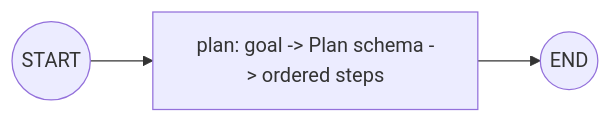
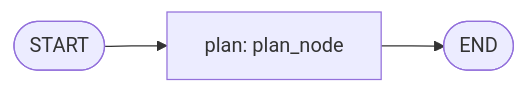
One commit to xergioalex/agent-lab changed the first of 3 diagrams in src/22_planner_agent/README.md. Above: the diagram before and after it, drawn with Mermaid. The commit also changed other lines of this file and 64 other files, not shown here.

First line of the commit message:
docs(docs): premium Mermaid diagram pass on all 64 module READMEs

````diff
--- a/src/22_planner_agent/README.md
+++ b/src/22_planner_agent/README.md
@@ -49,5 +51,5 @@
 ```mermaid
-graph LR
-    START((START)) --> plan[plan: goal -> Plan schema -> ordered steps]
-    plan --> END((END))
+flowchart LR
+    START(["START"]) --> plan["plan: plan_node"]
+    plan --> END(["END"])
 ```
````
